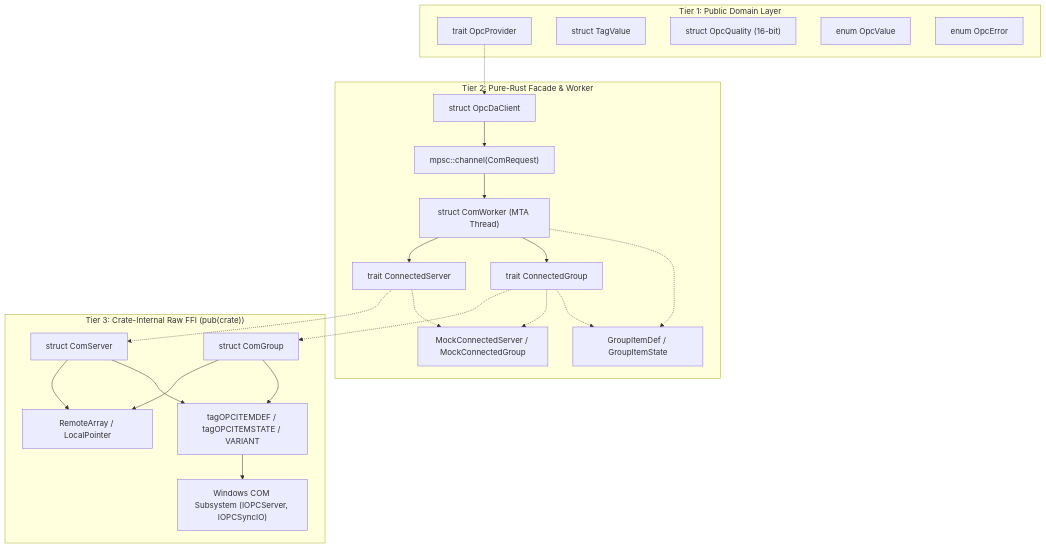
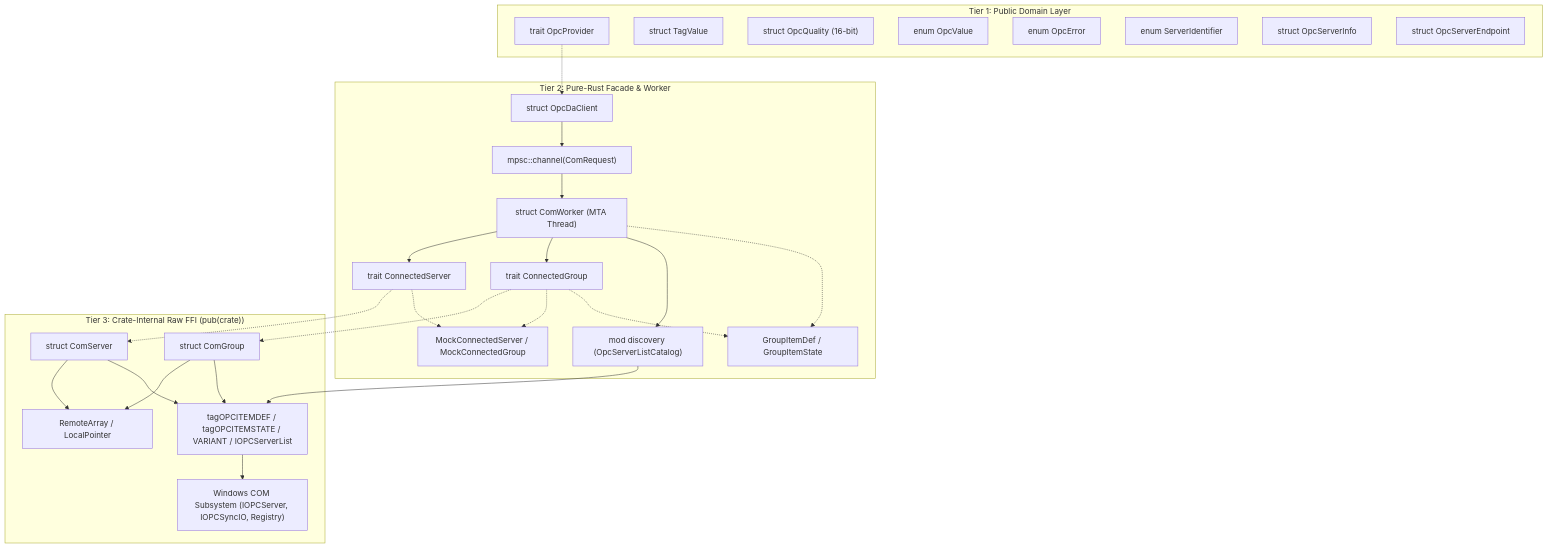
The first of 3 diagrams in opc-da-client/architecture.md (wends155/opc-cli), drawn with Mermaid before and after one commit. The commit also changed other lines of this file, not shown here.

Commit message:
docs(opc-da-client): synchronize architecture.md with discovery, identity types, and 16-section standard (step 1-6)

````diff
--- a/opc-da-client/architecture.md
+++ b/opc-da-client/architecture.md
@@ -283,46 +310,52 @@
 ```mermaid
 graph TD
     subgraph PublicDomain ["Tier 1: Public Domain Layer"]
         ProviderTrait["trait OpcProvider"]
         TagValue["struct TagValue"]
         OpcQuality["struct OpcQuality (16-bit)"]
         OpcValue["enum OpcValue"]
         OpcError["enum OpcError"]
+        ServerIdentifier["enum ServerIdentifier"]
+        OpcServerInfo["struct OpcServerInfo"]
+        OpcServerEndpoint["struct OpcServerEndpoint"]
     end
 
     subgraph FacadeWorker ["Tier 2: Pure-Rust Facade & Worker"]
         Client["struct OpcDaClient"]
         Worker["struct ComWorker (MTA Thread)"]
         ReqChan["mpsc::channel(ComRequest)"]
+        Discovery["mod discovery (OpcServerListCatalog)"]
         ConnServerTrait["trait ConnectedServer"]
         ConnGroupTrait["trait ConnectedGroup"]
         PureDTOs["GroupItemDef / GroupItemState"]
         Mocks["MockConnectedServer / MockConnectedGroup"]
     end
 
     subgraph RawFFI ["Tier 3: Crate-Internal Raw FFI (pub(crate))"]
         ComServer["struct ComServer"]
         ComGroup["struct ComGroup"]
         RawMemory["RemoteArray / LocalPointer"]
-        RawBindings["tagOPCITEMDEF / tagOPCITEMSTATE / VARIANT"]
-        WinCOM["Windows COM Subsystem (IOPCServer, IOPCSyncIO)"]
+        RawBindings["tagOPCITEMDEF / tagOPCITEMSTATE / VARIANT / IOPCServerList"]
+        WinCOM["Windows COM Subsystem (IOPCServer, IOPCSyncIO, Registry)"]
     end
 
     ProviderTrait -.-> Client
     Client --> ReqChan
     ReqChan --> Worker
     Worker --> ConnServerTrait
     Worker --> ConnGroupTrait
+    Worker --> Discovery
+    Discovery --> RawBindings
     ConnServerTrait -.-> ComServer
     ConnGroupTrait -.-> ComGroup
     ConnServerTrait -.-> Mocks
     ConnGroupTrait -.-> Mocks
     ComServer --> RawMemory
     ComGroup --> RawMemory
     ComServer --> RawBindings
     ComGroup --> RawBindings
     RawBindings --> WinCOM
 
     Worker -.-> PureDTOs
     ConnGroupTrait -.-> PureDTOs
 ```
````
